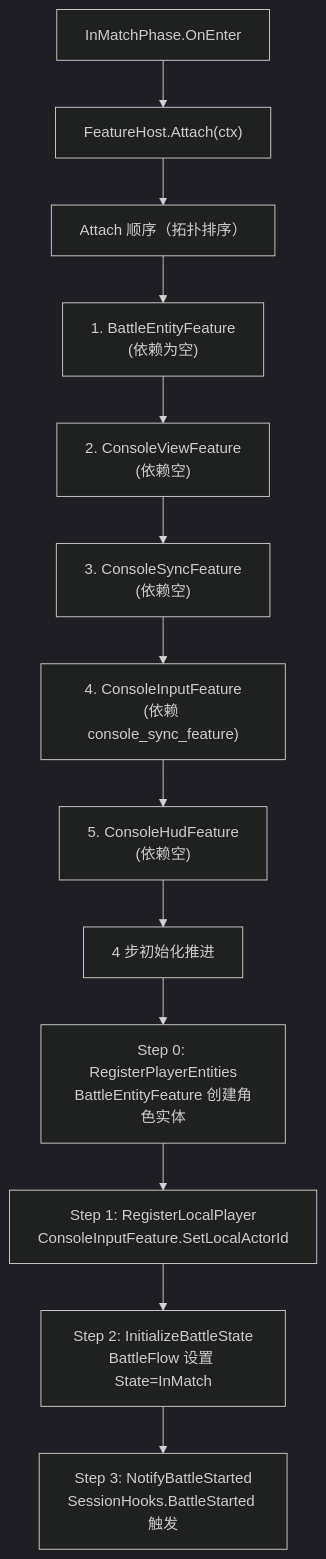
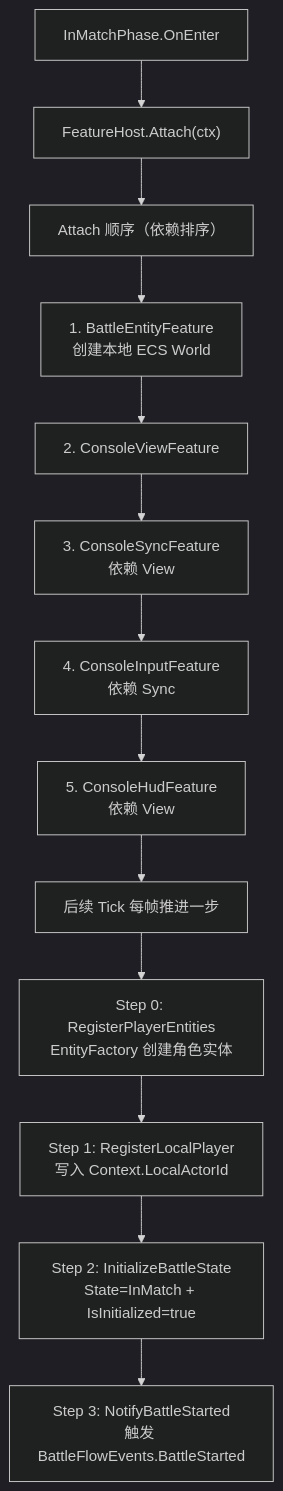
One commit to HOBOBO/AbilityKit changed the second of 3 diagrams in Docs/design/09-ImplementationExamples/MOBA/20-ConsoleDemoBootstrapAndFeatureDeepDive.md. Above: the diagram before and after it, drawn with Mermaid (dark theme). The commit also changed other lines of this file and 117 other files, not shown here.

````diff
--- a/Docs/design/09-ImplementationExamples/MOBA/20-ConsoleDemoBootstrapAndFeatureDeepDive.md
+++ b/Docs/design/09-ImplementationExamples/MOBA/20-ConsoleDemoBootstrapAndFeatureDeepDive.md
@@ -162,16 +137,16 @@
 ```mermaid
 flowchart TB
     A["InMatchPhase.OnEnter"] --> B["FeatureHost.Attach(ctx)"]
-    B --> C["Attach 顺序（拓扑排序）"]
-    C --> C1["1. BattleEntityFeature<br/>(依赖为空)"]
-    C1 --> C2["2. ConsoleViewFeature<br/>(依赖空)"]
-    C2 --> C3["3. ConsoleSyncFeature<br/>(依赖空)"]
-    C3 --> C4["4. ConsoleInputFeature<br/>(依赖 console_sync_feature)"]
-    C4 --> C5["5. ConsoleHudFeature<br/>(依赖空)"]
+    B --> C["Attach 顺序（依赖排序）"]
+    C --> C1["1. BattleEntityFeature<br/>创建本地 ECS World"]
+    C1 --> C2["2. ConsoleViewFeature"]
+    C2 --> C3["3. ConsoleSyncFeature<br/>依赖 View"]
+    C3 --> C4["4. ConsoleInputFeature<br/>依赖 Sync"]
+    C4 --> C5["5. ConsoleHudFeature<br/>依赖 View"]
 
-    C5 --> D["4 步初始化推进"]
-    D --> D1["Step 0: RegisterPlayerEntities<br/>BattleEntityFeature 创建角色实体"]
-    D1 --> D2["Step 1: RegisterLocalPlayer<br/>ConsoleInputFeature.SetLocalActorId"]
-    D2 --> D3["Step 2: InitializeBattleState<br/>BattleFlow 设置 State=InMatch"]
-    D3 --> D4["Step 3: NotifyBattleStarted<br/>SessionHooks.BattleStarted 触发"]
+    C5 --> D["后续 Tick 每帧推进一步"]
+    D --> D1["Step 0: RegisterPlayerEntities<br/>EntityFactory 创建角色实体"]
+    D1 --> D2["Step 1: RegisterLocalPlayer<br/>写入 Context.LocalActorId"]
+    D2 --> D3["Step 2: InitializeBattleState<br/>State=InMatch + IsInitialized=true"]
+    D3 --> D4["Step 3: NotifyBattleStarted<br/>触发 BattleFlowEvents.BattleStarted"]
 ```
````
